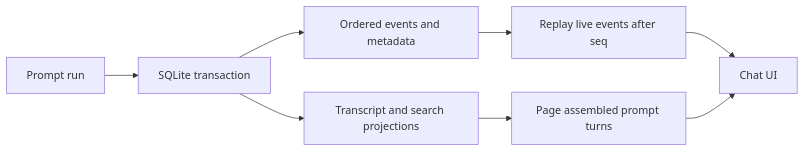
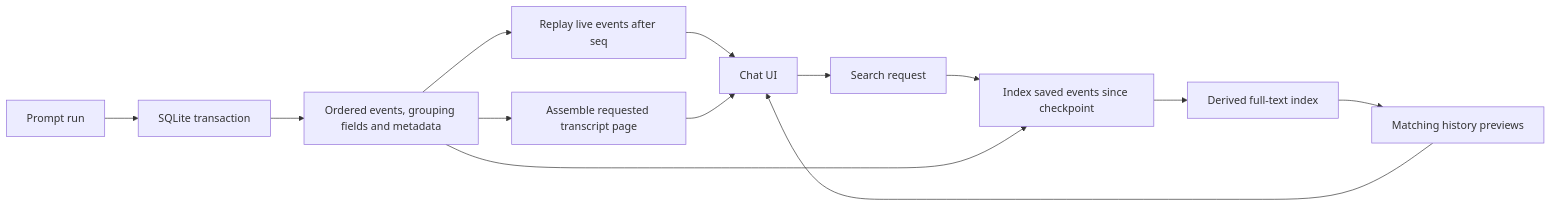
One commit to futrx-com/remote.futrx changed the second of 4 diagrams in docs/03-platform/07-data-and-frontend-state.md. Above: the diagram before and after it, drawn with Mermaid. The commit also changed other lines of this file and 62 other files, not shown here.

````diff
--- a/docs/03-platform/07-data-and-frontend-state.md
+++ b/docs/03-platform/07-data-and-frontend-state.md
@@ -128,10 +129,15 @@
 ```mermaid
 flowchart LR
     Run["Prompt run"] --> Append["SQLite transaction"]
-    Append --> Events["Ordered events and metadata"]
-    Append --> Index["Transcript and search projections"]
+    Append --> Events["Ordered events, grouping fields and metadata"]
     Events --> Replay["Replay live events after seq"]
-    Index --> Transcript["Page assembled prompt turns"]
+    Events --> Transcript["Assemble requested transcript page"]
     Replay --> Client["Chat UI"]
     Transcript --> Client
+    Client --> Search["Search request"]
+    Search --> CatchUp["Index saved events since checkpoint"]
+    Events --> CatchUp
+    CatchUp --> Index["Derived full-text index"]
+    Index --> Matches["Matching history previews"]
+    Matches --> Client
 ```
````
